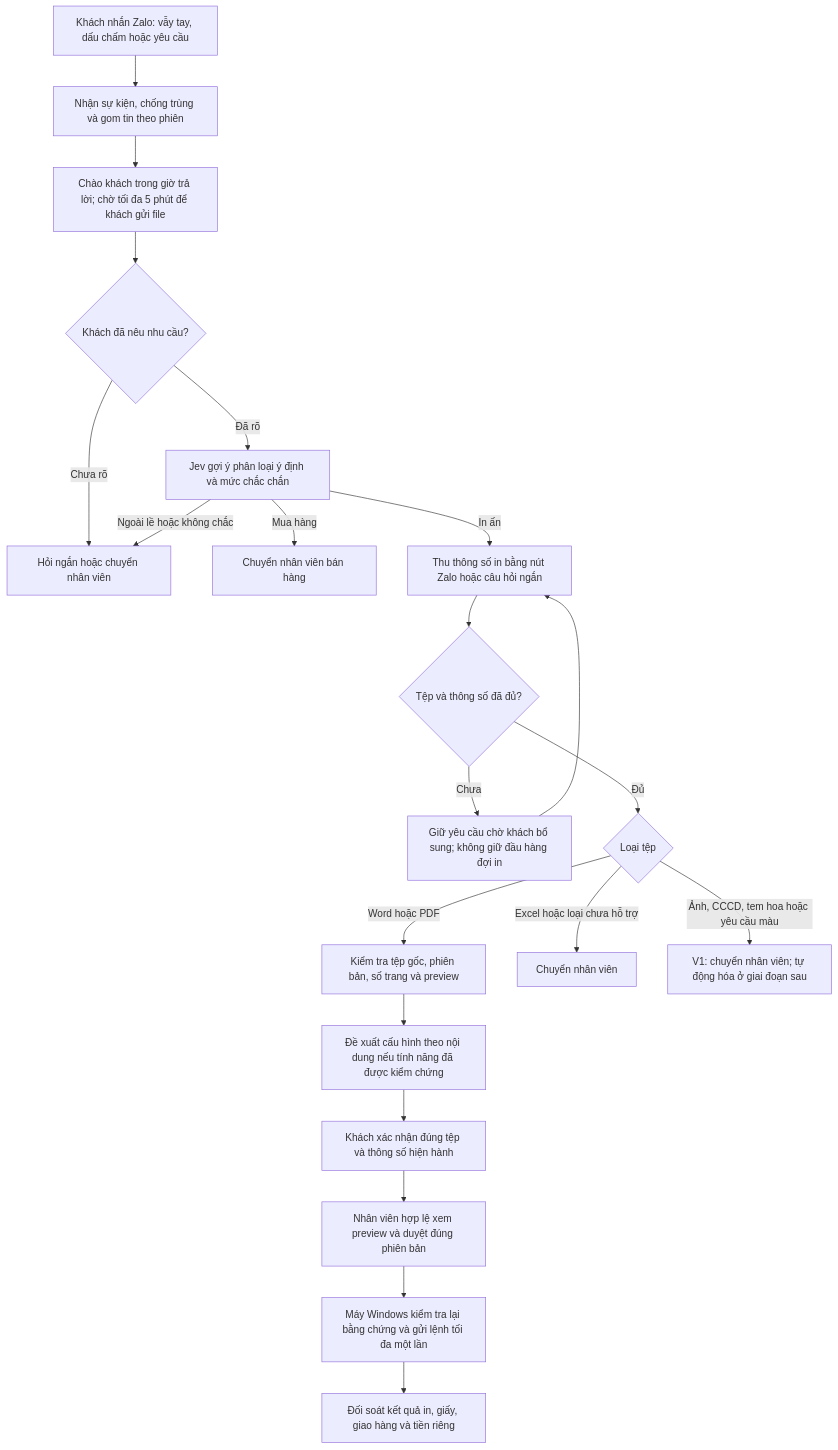
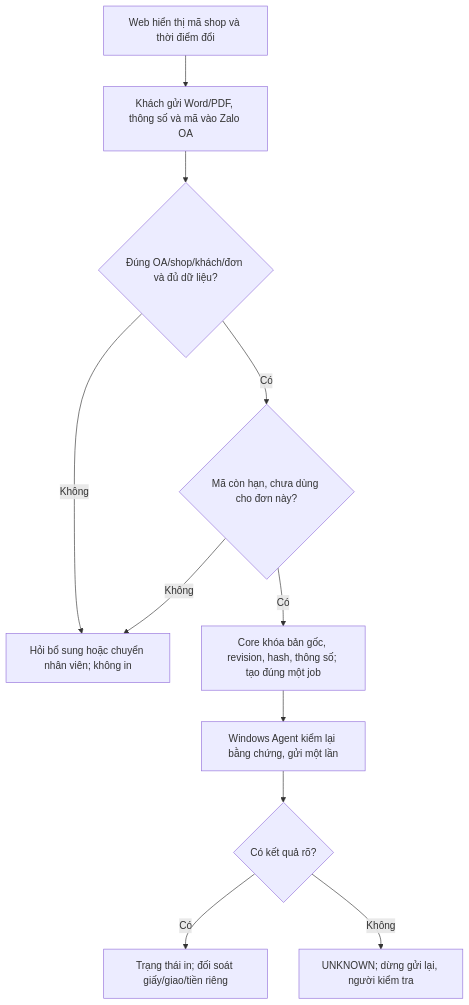
The diagram in docs/architecture/QUY_TRINH_AUTO_IN_JEV_20261021.md (minhdienhp2013/AUTO-IN), drawn with Mermaid before and after one commit. The commit also changed other lines of this file, not shown here.

Commit message:
docs: focus pilot on Zalo Word/PDF printing with rotating shop code

````diff
--- a/docs/architecture/QUY_TRINH_AUTO_IN_JEV_20261021.md
+++ b/docs/architecture/QUY_TRINH_AUTO_IN_JEV_20261021.md
@@ -10,23 +11,13 @@
 ```mermaid
 flowchart TD
-    A[Khách nhắn Zalo: vẫy tay, dấu chấm hoặc yêu cầu] --> B[Nhận sự kiện, chống trùng và gom tin theo phiên]
-    B --> C[Chào khách trong giờ trả lời; chờ tối đa 5 phút để khách gửi file]
-    C --> D{Khách đã nêu nhu cầu?}
-    D -- Chưa rõ --> E[Hỏi ngắn hoặc chuyển nhân viên]
-    D -- Đã rõ --> F[Jev gợi ý phân loại ý định và mức chắc chắn]
-    F -- Mua hàng --> G[Chuyển nhân viên bán hàng]
-    F -- Ngoài lề hoặc không chắc --> E
-    F -- In ấn --> H[Thu thông số in bằng nút Zalo hoặc câu hỏi ngắn]
-    H --> I{Tệp và thông số đã đủ?}
-    I -- Chưa --> J[Giữ yêu cầu chờ khách bổ sung; không giữ đầu hàng đợi in]
-    J --> H
-    I -- Đủ --> K{Loại tệp}
-    K -- Word hoặc PDF --> L[Kiểm tra tệp gốc, phiên bản, số trang và preview]
-    K -- Excel hoặc loại chưa hỗ trợ --> M[Chuyển nhân viên]
-    K -- Ảnh, CCCD, tem hoa hoặc yêu cầu màu --> N[V1: chuyển nhân viên; tự động hóa ở giai đoạn sau]
-    L --> O[Đề xuất cấu hình theo nội dung nếu tính năng đã được kiểm chứng]
-    O --> P[Khách xác nhận đúng tệp và thông số hiện hành]
-    P --> Q[Nhân viên hợp lệ xem preview và duyệt đúng phiên bản]
-    Q --> R[Máy Windows kiểm tra lại bằng chứng và gửi lệnh tối đa một lần]
-    R --> S[Đối soát kết quả in, giấy, giao hàng và tiền riêng]
+    A[Web hiển thị mã shop và thời điểm đổi] --> B[Khách gửi Word/PDF, thông số và mã vào Zalo OA]
+    B --> C{Đúng OA/shop/khách/đơn và đủ dữ liệu?}
+    C -- Không --> H[Hỏi bổ sung hoặc chuyển nhân viên; không in]
+    C -- Có --> D{Mã còn hạn, chưa dùng cho đơn này?}
+    D -- Không --> H
+    D -- Có --> E[Core khóa bản gốc, revision, hash, thông số; tạo đúng một job]
+    E --> F[Windows Agent kiểm lại bằng chứng, gửi một lần]
+    F --> G{Có kết quả rõ?}
+    G -- Có --> I[Trạng thái in; đối soát giấy/giao/tiền riêng]
+    G -- Không --> J[UNKNOWN; dừng gửi lại, người kiểm tra]
 ```
````
